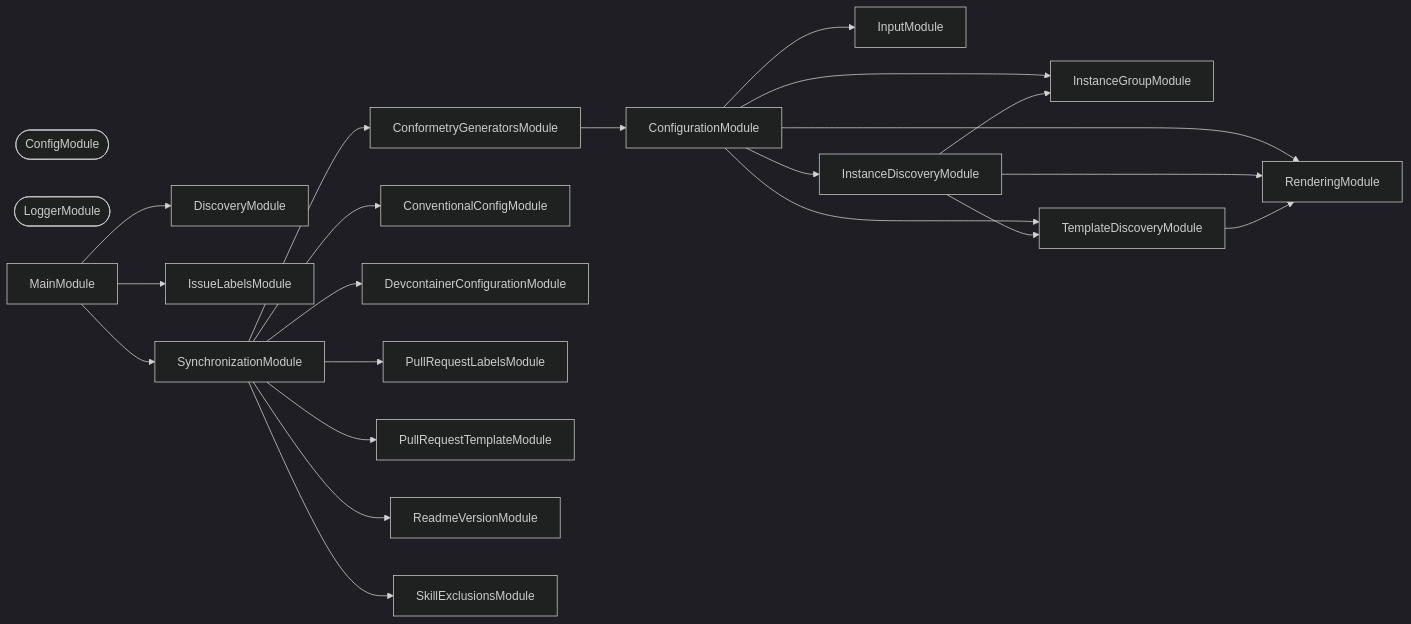
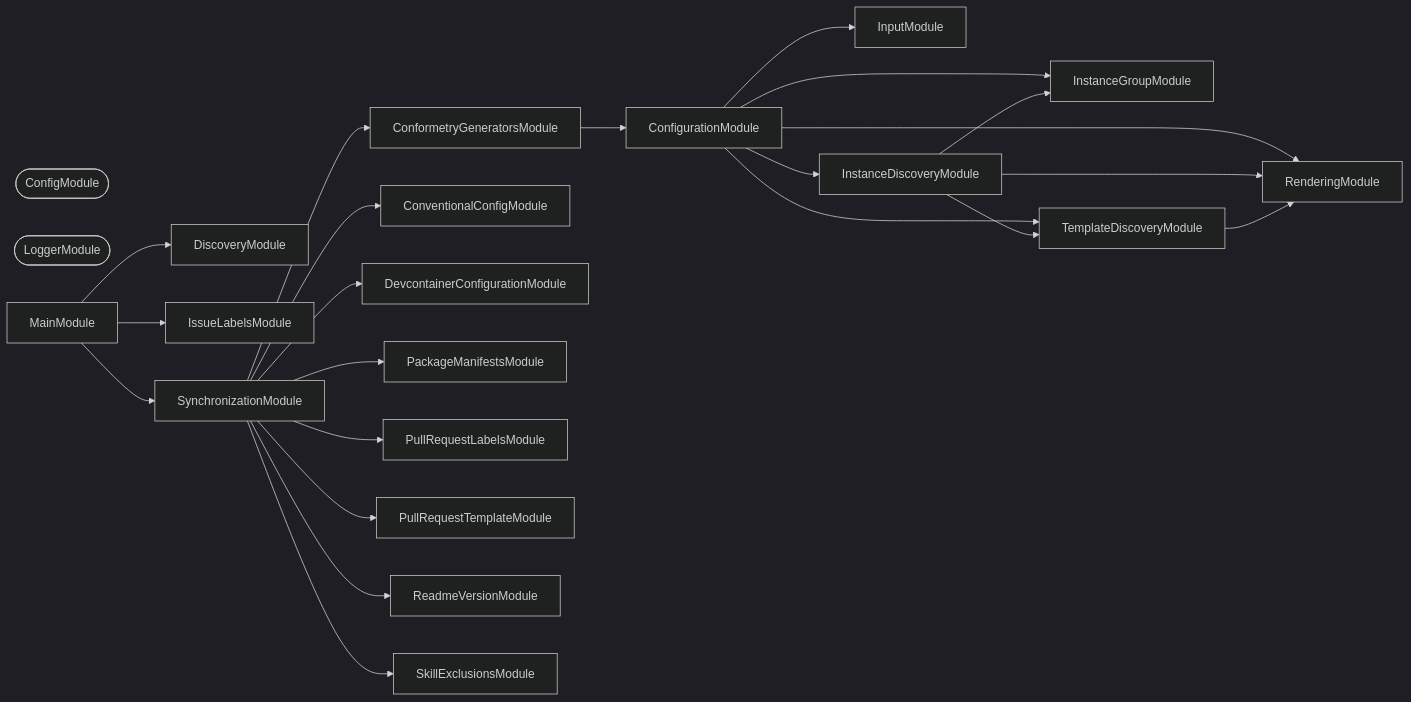
Before and after one commit to JimmyPaolini/codebase: the second of 3 diagrams in tools/synchronization/README.md, drawn with Mermaid (dark theme). The commit also changed other lines of this file and 9 other files, not shown here.

````diff
--- a/tools/synchronization/README.md
+++ b/tools/synchronization/README.md
@@ -535,42 +559,44 @@
 ```mermaid
 flowchart LR
   ConfigModule([ConfigModule])
   ConfigurationModule
   ConformetryGeneratorsModule
   ConventionalConfigModule
   DevcontainerConfigurationModule
   DiscoveryModule
   InputModule
   InstanceDiscoveryModule
   InstanceGroupModule
   IssueLabelsModule
   LoggerModule([LoggerModule])
   MainModule
+  PackageManifestsModule
   PullRequestLabelsModule
   PullRequestTemplateModule
   ReadmeVersionModule
   RenderingModule
   SkillExclusionsModule
   SynchronizationModule
   TemplateDiscoveryModule
   ConfigurationModule --> InputModule
   ConfigurationModule --> InstanceDiscoveryModule
   ConfigurationModule --> InstanceGroupModule
   ConfigurationModule --> RenderingModule
   ConfigurationModule --> TemplateDiscoveryModule
   ConformetryGeneratorsModule --> ConfigurationModule
   InstanceDiscoveryModule --> InstanceGroupModule
   InstanceDiscoveryModule --> RenderingModule
   InstanceDiscoveryModule --> TemplateDiscoveryModule
   MainModule --> DiscoveryModule
   MainModule --> IssueLabelsModule
   MainModule --> SynchronizationModule
   SynchronizationModule --> ConformetryGeneratorsModule
   SynchronizationModule --> ConventionalConfigModule
   SynchronizationModule --> DevcontainerConfigurationModule
+  SynchronizationModule --> PackageManifestsModule
   SynchronizationModule --> PullRequestLabelsModule
   SynchronizationModule --> PullRequestTemplateModule
   SynchronizationModule --> ReadmeVersionModule
   SynchronizationModule --> SkillExclusionsModule
   TemplateDiscoveryModule --> RenderingModule
 ```
````
